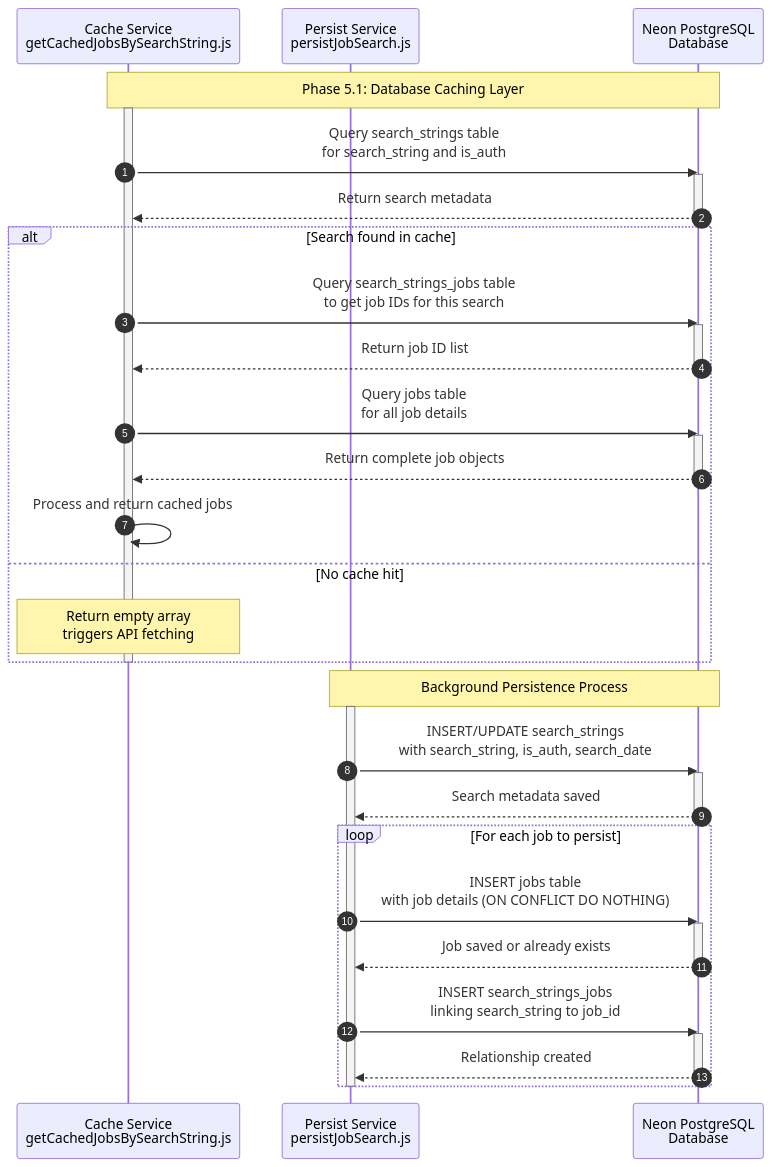
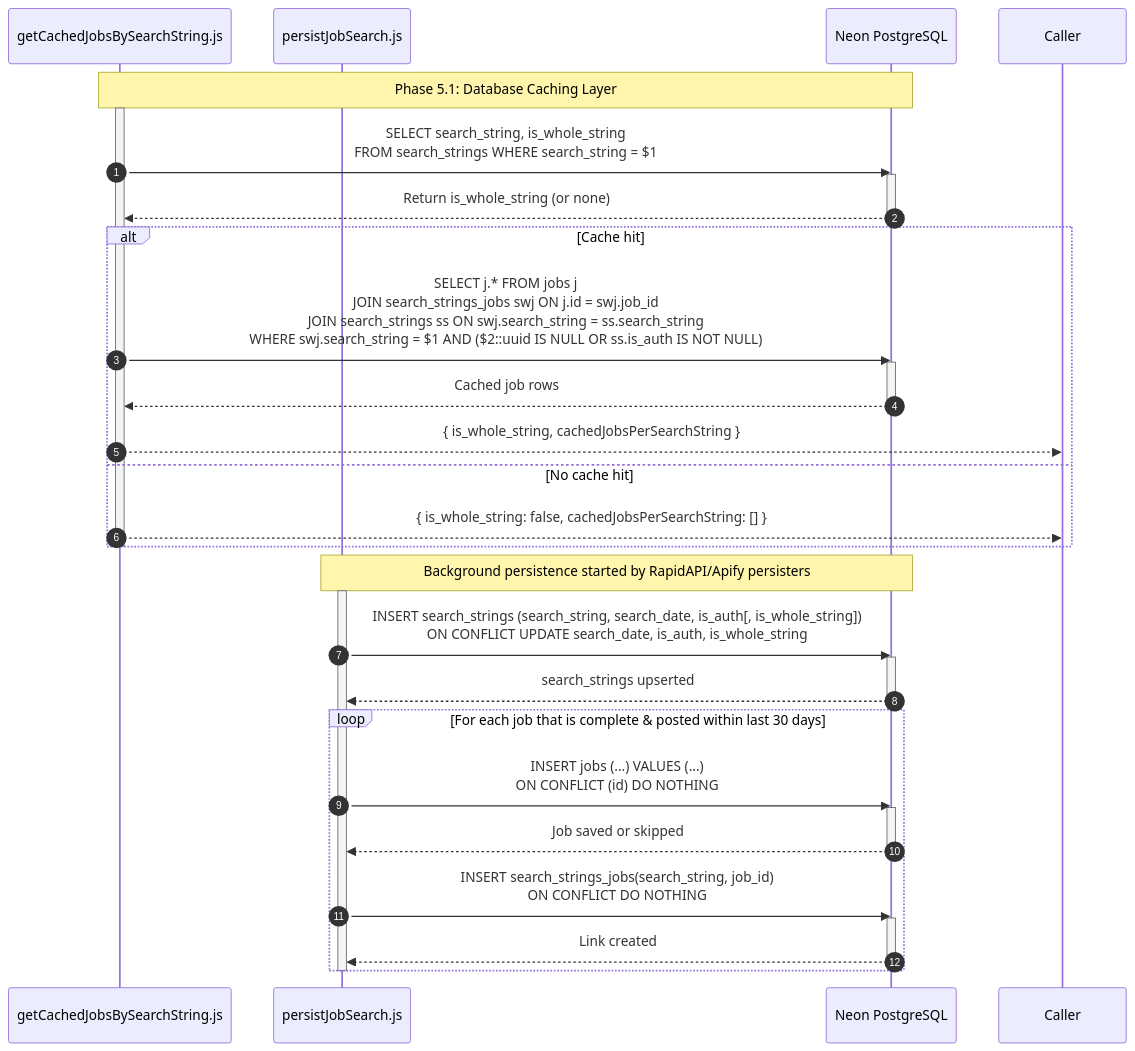
The diagram in documentation/jobFetch/5.1.Database Caching Layer.md (YahyaAl-Ademi/2025.10.23-JobCompass), drawn with Mermaid before and after one commit. The commit also changed other lines of this file and 14 other files, not shown here.

Commit message:
Refactor job fetch documentation: Update background scraper fetch, database caching, travel details, and response delivery processes; enhance flowchart for clarity and accuracy.

````diff
--- a/documentation/jobFetch/5.1.Database Caching Layer.md
+++ b/documentation/jobFetch/5.1.Database Caching Layer.md
@@ -7,58 +7,52 @@
 ```mermaid
 sequenceDiagram
     autonumber
     %% File paths:
     %% CacheService: server/src/services/getCachedJobsBySearchString.js
     %% PersistService: server/src/services/persistJobSearch.js
     %% Database: Neon PostgreSQL Database
-    participant CacheService as Cache Service<br/>getCachedJobsBySearchString.js
-    participant PersistService as Persist Service<br/>persistJobSearch.js
-    participant Database as Neon PostgreSQL<br/>Database
+    participant CacheService as getCachedJobsBySearchString.js
+    participant PersistService as persistJobSearch.js
+    participant Database as Neon PostgreSQL
 
     Note over CacheService,Database: Phase 5.1: Database Caching Layer
 
     %% Cache Retrieval Flow
     activate CacheService
-    CacheService->>Database: Query search_strings table<br/>for search_string and is_auth
+    CacheService->>Database: SELECT search_string, is_whole_string<br/>FROM search_strings WHERE search_string = $1
     activate Database
-    Database-->>CacheService: Return search metadata
+    Database-->>CacheService: Return is_whole_string (or none)
     deactivate Database
 
-    alt Search found in cache
-        CacheService->>Database: Query search_strings_jobs table<br/>to get job IDs for this search
+    alt Cache hit
+        CacheService->>Database: SELECT j.* FROM jobs j<br/>JOIN search_strings_jobs swj ON j.id = swj.job_id<br/>JOIN search_strings ss ON swj.search_string = ss.search_string<br/>WHERE swj.search_string = $1 AND ($2::uuid IS NULL OR ss.is_auth IS NOT NULL)
         activate Database
-        Database-->>CacheService: Return job ID list
+        Database-->>CacheService: Cached job rows
         deactivate Database
-
-        CacheService->>Database: Query jobs table<br/>for all job details
-        activate Database
-        Database-->>CacheService: Return complete job objects
-        deactivate Database
-
-        CacheService->>CacheService: Process and return cached jobs
+        CacheService-->>Caller: { is_whole_string, cachedJobsPerSearchString }
     else No cache hit
-        Note over CacheService: Return empty array<br/>triggers API fetching
+        CacheService-->>Caller: { is_whole_string: false, cachedJobsPerSearchString: [] }
     end
     deactivate CacheService
 
-    %% Persistence Flow (Background)
-    Note over PersistService,Database: Background Persistence Process
+    %% Persistence Flow (async)
+    Note over PersistService,Database: Background persistence started by RapidAPI/Apify persisters
     activate PersistService
-    PersistService->>Database: INSERT/UPDATE search_strings<br/>with search_string, is_auth, search_date
+    PersistService->>Database: INSERT search_strings (search_string, search_date, is_auth[, is_whole_string])<br/>ON CONFLICT UPDATE search_date, is_auth, is_whole_string
     activate Database
-    Database-->>PersistService: Search metadata saved
+    Database-->>PersistService: search_strings upserted
     deactivate Database
 
-    loop For each job to persist
-        PersistService->>Database: INSERT jobs table<br/>with job details (ON CONFLICT DO NOTHING)
+    loop For each job that is complete & posted within last 30 days
+        PersistService->>Database: INSERT jobs (...) VALUES (...)<br/>ON CONFLICT (id) DO NOTHING
         activate Database
-        Database-->>PersistService: Job saved or already exists
+        Database-->>PersistService: Job saved or skipped
         deactivate Database
 
-        PersistService->>Database: INSERT search_strings_jobs<br/>linking search_string to job_id
+        PersistService->>Database: INSERT search_strings_jobs(search_string, job_id)<br/>ON CONFLICT DO NOTHING
         activate Database
-        Database-->>PersistService: Relationship created
+        Database-->>PersistService: Link created
         deactivate Database
     end
     deactivate PersistService
 ```
````
